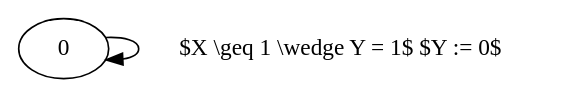
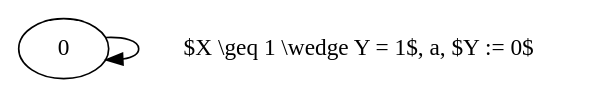
One commit to sguha100/bachelor-thesis changed the diagram in thesis/breaking2.dot. Above: the diagram before and after it, drawn with Graphviz. The commit also changed 13 other files, not shown here.

```diff
--- a/thesis/breaking2.dot
+++ b/thesis/breaking2.dot
@@ -1,4 +1,4 @@
 digraph {
 "0";
-"0" -> "0" [label = "$X \\geq 1 \\wedge Y = 1$ $Y := 0$"]
+"0" -> "0" [label = "$X \\geq 1 \\wedge Y = 1$, a, $Y := 0$"]
 }
```
